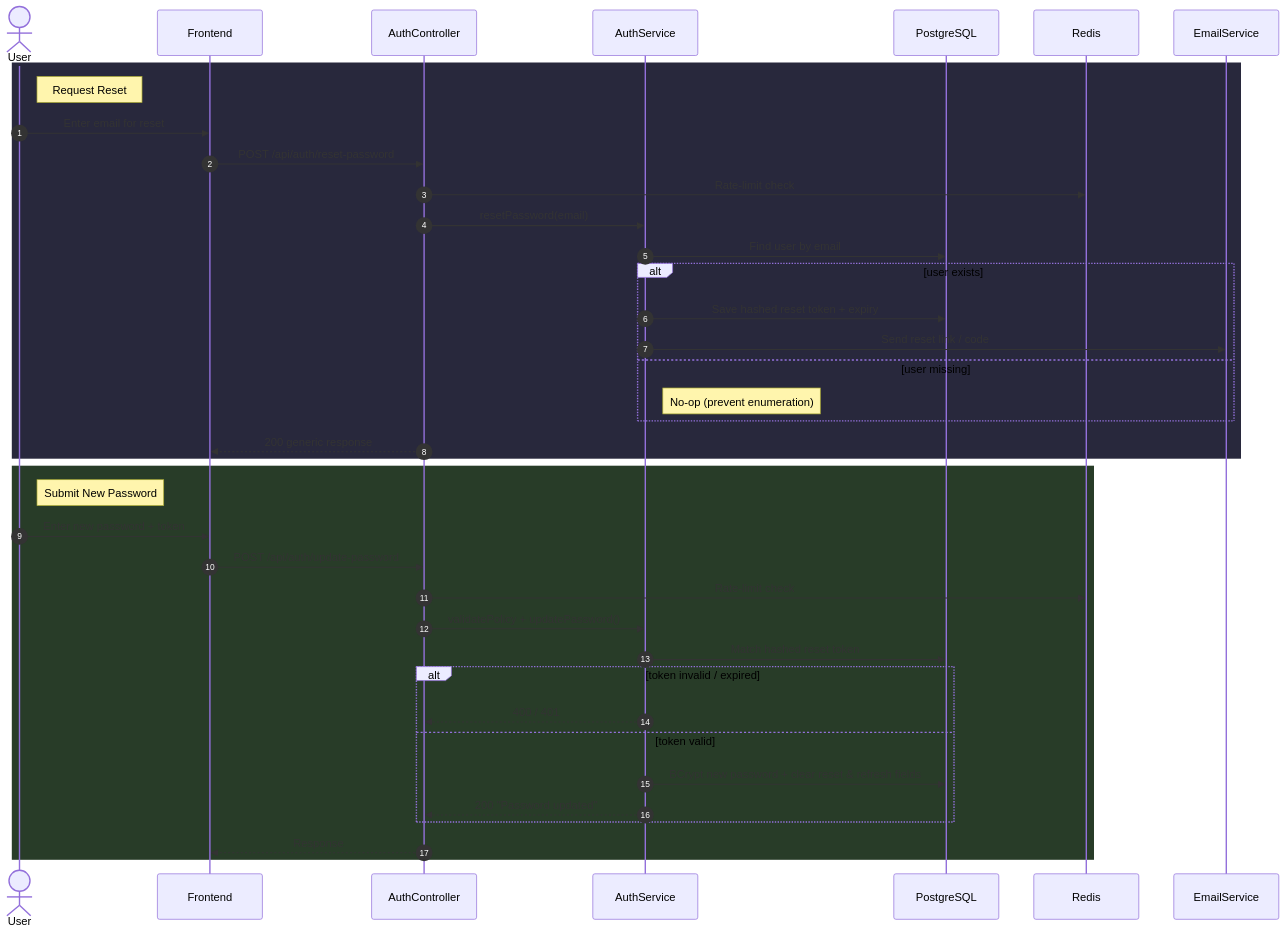
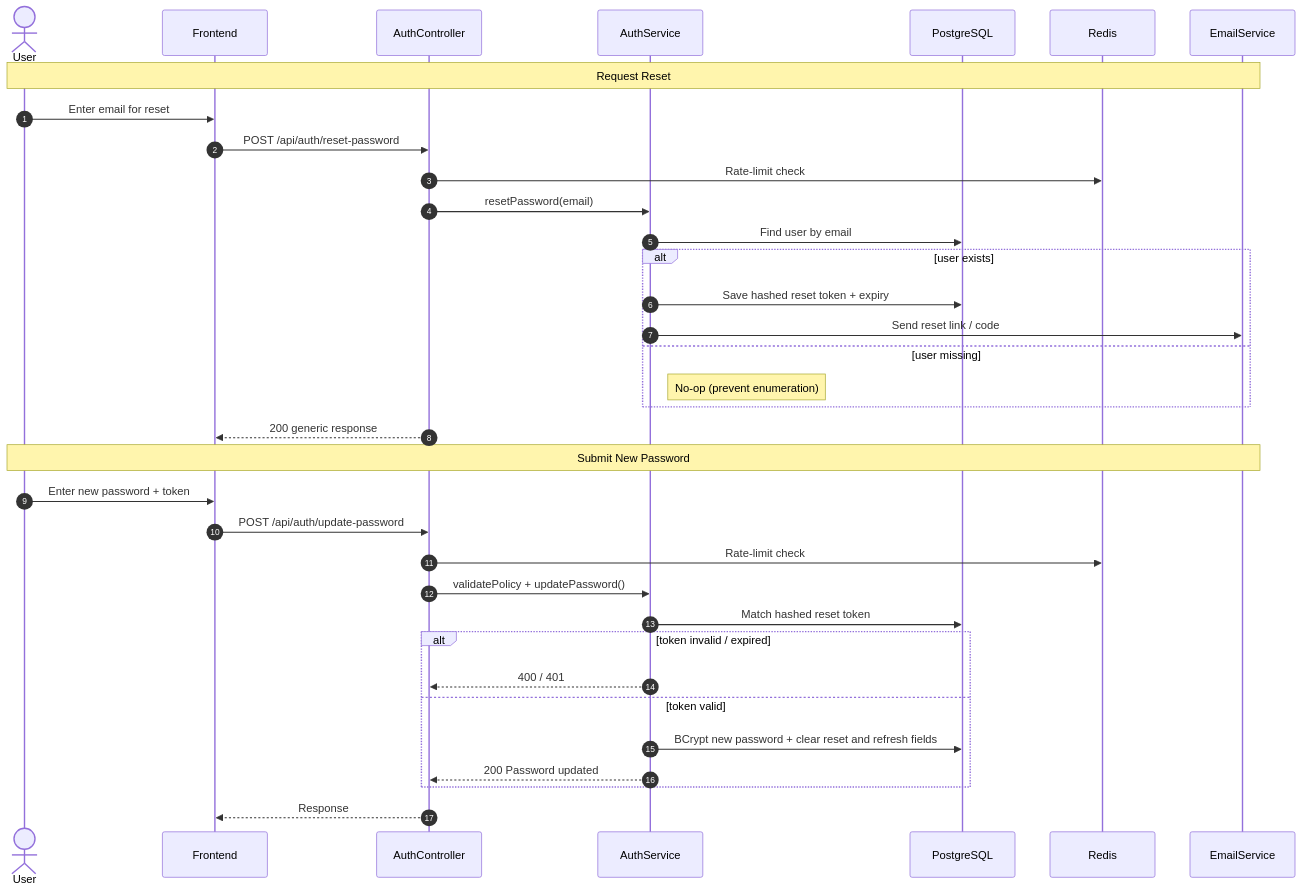
The eighth of 12 diagrams in README.md (himanshugupta91/Full-Stack-Authentication-System), drawn with Mermaid before and after one commit. The commit also changed other lines of this file, not shown here.

Commit message:
Fix sequence diagrams: remove rect rgb() blocks unsupported by GitHub mermaid renderer

````diff
--- a/README.md
+++ b/README.md
@@ -401,43 +389,39 @@
 ```mermaid
 sequenceDiagram
     autonumber
     actor User
     participant FE as Frontend
     participant API as AuthController
     participant SVC as AuthService
     participant DB as PostgreSQL
     participant REDIS as Redis
     participant MAIL as EmailService
 
-    rect rgb(40, 40, 60)
-    Note right of User: Request Reset
+    Note over User,MAIL: Request Reset
     User->>FE: Enter email for reset
     FE->>API: POST /api/auth/reset-password
     API->>REDIS: Rate-limit check
     API->>SVC: resetPassword(email)
     SVC->>DB: Find user by email
     alt user exists
         SVC->>DB: Save hashed reset token + expiry
         SVC->>MAIL: Send reset link / code
     else user missing
         Note right of SVC: No-op (prevent enumeration)
     end
     API-->>FE: 200 generic response
-    end
 
-    rect rgb(40, 60, 40)
-    Note right of User: Submit New Password
+    Note over User,MAIL: Submit New Password
     User->>FE: Enter new password + token
     FE->>API: POST /api/auth/update-password
     API->>REDIS: Rate-limit check
     API->>SVC: validatePolicy + updatePassword()
     SVC->>DB: Match hashed reset token
     alt token invalid / expired
         SVC-->>API: 400 / 401
     else token valid
-        SVC->>DB: BCrypt new password + clear reset & refresh fields
-        SVC-->>API: 200 "Password updated"
+        SVC->>DB: BCrypt new password + clear reset and refresh fields
+        SVC-->>API: 200 Password updated
     end
     API-->>FE: Response
-    end
 ```
````
